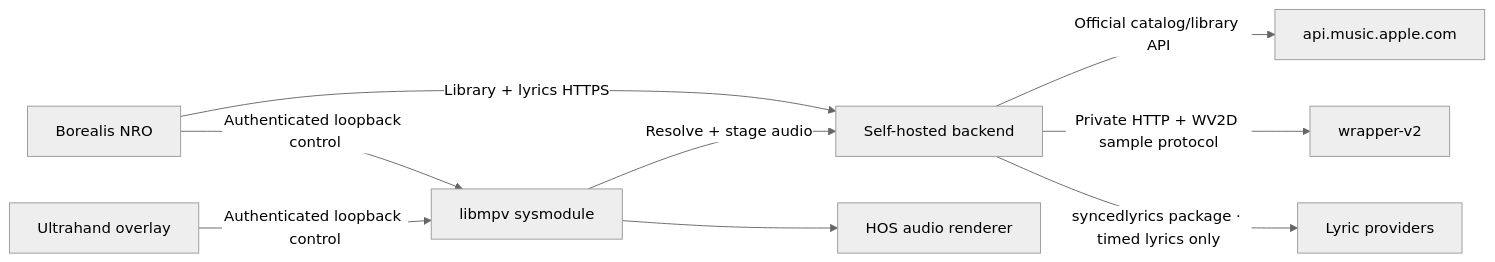
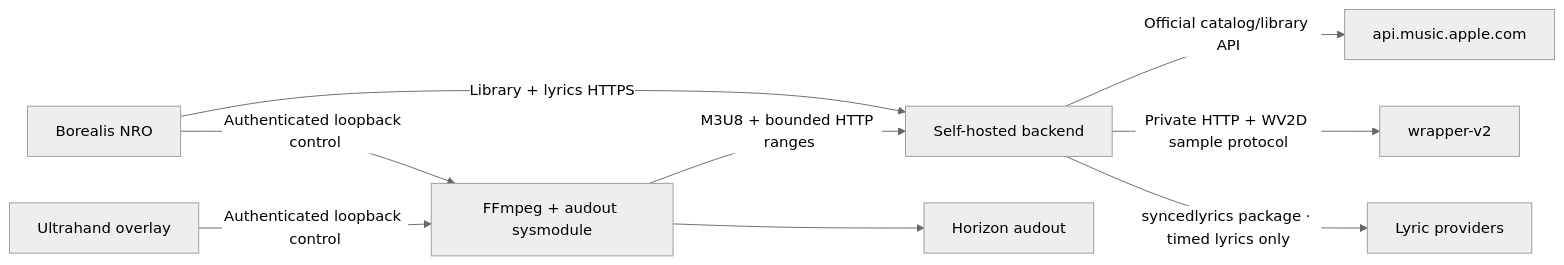
Before and after one commit to jvrcruzGAMES/SwitchAppleMusic: the diagram in docs/ARCHITECTURE.md, drawn with Mermaid (neutral theme). The commit also changed other lines of this file and 27 other files, not shown here.

Commit message:
Replace libmpv with bounded FFmpeg and audout streaming player

````diff
--- a/docs/ARCHITECTURE.md
+++ b/docs/ARCHITECTURE.md
@@ -3,11 +3,11 @@
 ```mermaid
 flowchart LR
   NRO["Borealis NRO"] -->|"Library + lyrics HTTPS"| API["Self-hosted backend"]
-  NRO -->|"Authenticated loopback control"| SYS["libmpv sysmodule"]
+  NRO -->|"Authenticated loopback control"| SYS["FFmpeg + audout sysmodule"]
   OVL["Ultrahand overlay"] -->|"Authenticated loopback control"| SYS
-  SYS -->|"Resolve + stage audio"| API
+  SYS -->|"M3U8 + bounded HTTP ranges"| API
   API -->|"Official catalog/library API"| APPLE["api.music.apple.com"]
   API -->|"Private HTTP + WV2D sample protocol"| WRAP["wrapper-v2"]
   API -->|"syncedlyrics package · timed lyrics only"| LRC["Lyric providers"]
-  SYS --> AUDIO["HOS audio renderer"]
+  SYS --> AUDIO["Horizon audout"]
 ```
````
